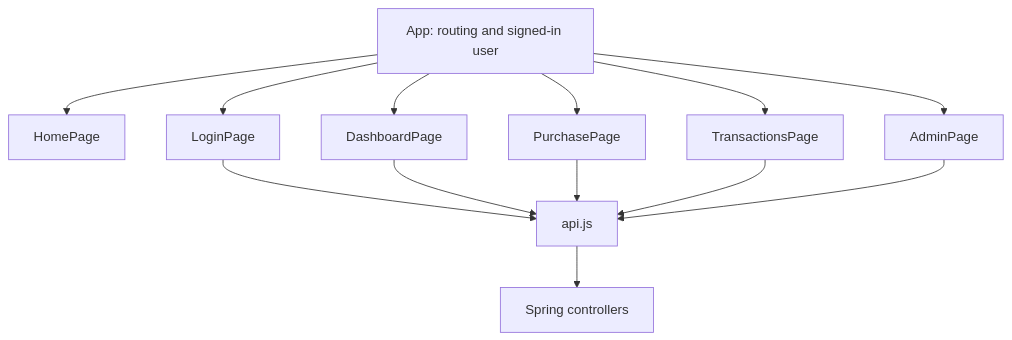
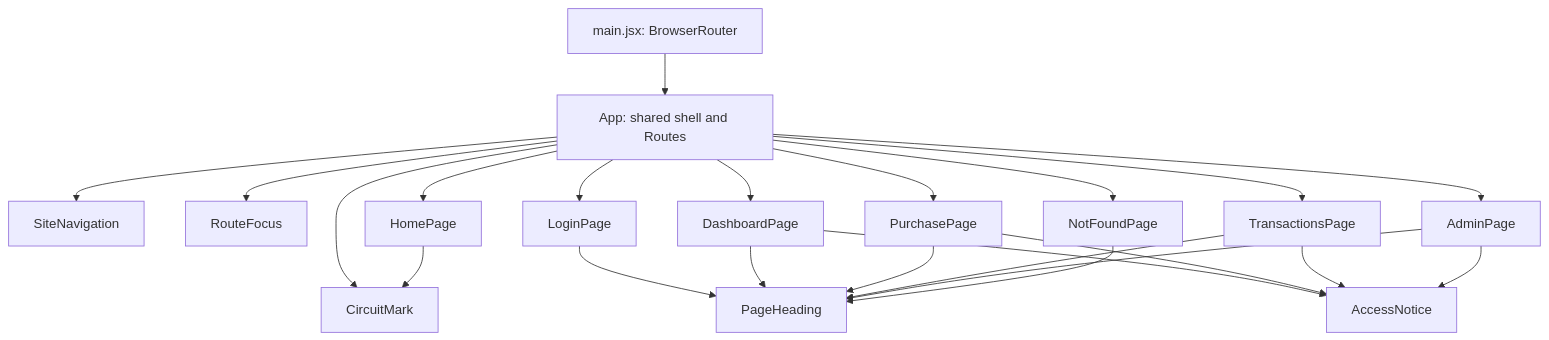
One commit to marvensj7/card-transaction-simulator changed the diagram in outputs/02_Architecture/04_React_Component_Diagram.md. Above: the diagram before and after it, drawn with Mermaid. The commit also changed other lines of this file and 3 other files, not shown here.

````diff
--- a/outputs/02_Architecture/04_React_Component_Diagram.md
+++ b/outputs/02_Architecture/04_React_Component_Diagram.md
@@ -11,15 +7,25 @@
 ```mermaid
 flowchart TD
-    APP[App: routing and signed-in user] --> HOME[HomePage]
+    MAIN[main.jsx: BrowserRouter] --> APP[App: shared shell and Routes]
+    APP --> NAV[SiteNavigation]
+    APP --> FOCUS[RouteFocus]
+    APP --> HOME[HomePage]
     APP --> LOGIN[LoginPage]
     APP --> DASH[DashboardPage]
     APP --> PURCHASE[PurchasePage]
     APP --> HISTORY[TransactionsPage]
     APP --> ADMIN[AdminPage]
-    LOGIN --> API[api.js]
-    DASH --> API
-    PURCHASE --> API
-    HISTORY --> API
-    ADMIN --> API
-    API --> SERVER[Spring controllers]
+    APP --> MISSING[NotFoundPage]
+    DASH --> ACCESS[AccessNotice]
+    PURCHASE --> ACCESS
+    HISTORY --> ACCESS
+    ADMIN --> ACCESS
+    LOGIN --> HEADING[PageHeading]
+    DASH --> HEADING
+    PURCHASE --> HEADING
+    HISTORY --> HEADING
+    ADMIN --> HEADING
+    MISSING --> HEADING
+    APP --> MARK[CircuitMark]
+    HOME --> MARK
 ```
````
